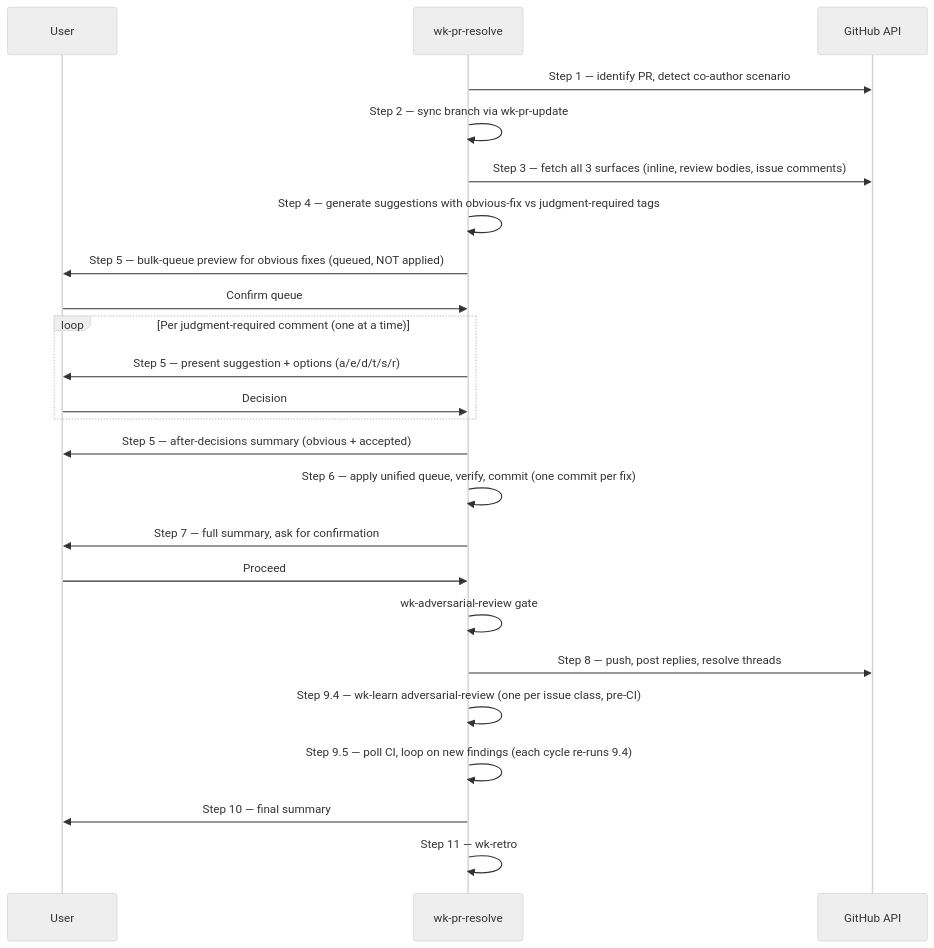
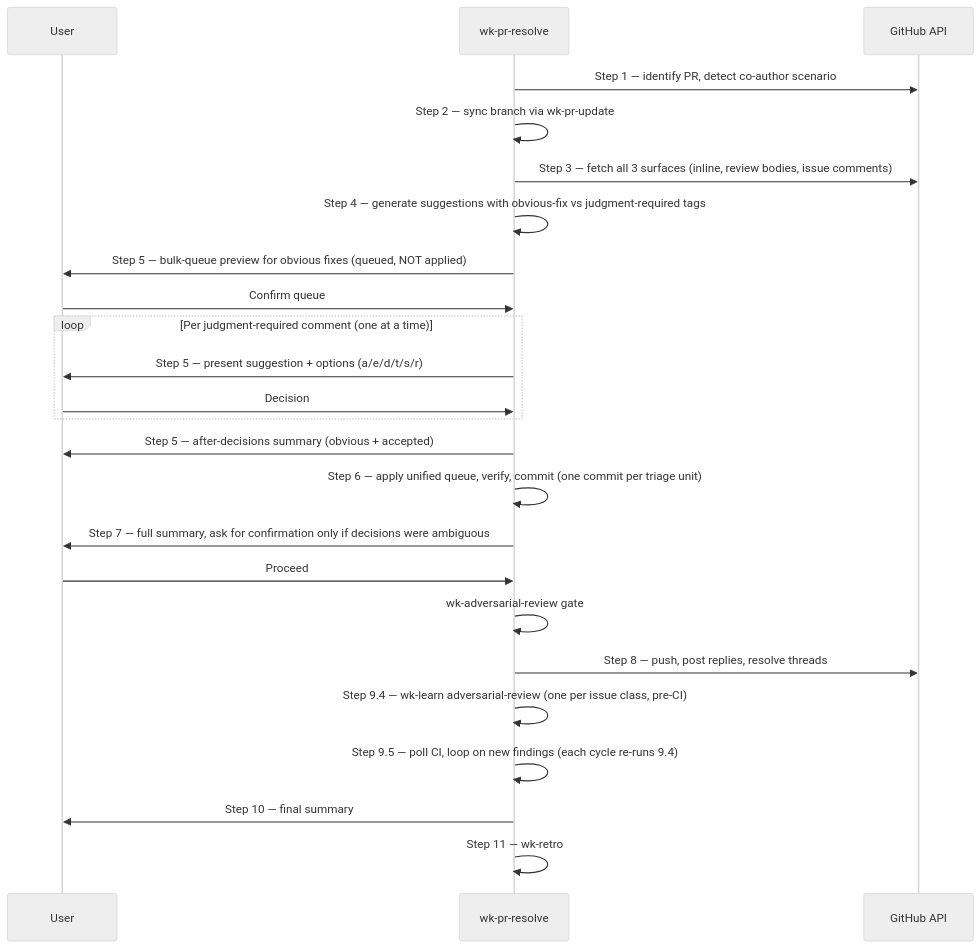
The diagram in skills/pr-resolve/README.md (whizzzkid/skills), drawn with Mermaid (neutral theme) before and after one commit. The commit also changed other lines of this file and 161 other files, not shown here.

````diff
--- a/skills/pr-resolve/README.md
+++ b/skills/pr-resolve/README.md
@@ -17,27 +18,27 @@
 ```mermaid
 sequenceDiagram
     participant U as User
     participant S as wk-pr-resolve
     participant GH as GitHub API
 
     S->>GH: Step 1 — identify PR, detect co-author scenario
     S->>S: Step 2 — sync branch via wk-pr-update
     S->>GH: Step 3 — fetch all 3 surfaces (inline, review bodies, issue comments)
     S->>S: Step 4 — generate suggestions with obvious-fix vs judgment-required tags
     S->>U: Step 5 — bulk-queue preview for obvious fixes (queued, NOT applied)
     U->>S: Confirm queue
     loop Per judgment-required comment (one at a time)
         S->>U: Step 5 — present suggestion + options (a/e/d/t/s/r)
         U->>S: Decision
     end
     S->>U: Step 5 — after-decisions summary (obvious + accepted)
-    S->>S: Step 6 — apply unified queue, verify, commit (one commit per fix)
-    S->>U: Step 7 — full summary, ask for confirmation
+    S->>S: Step 6 — apply unified queue, verify, commit (one commit per triage unit)
+    S->>U: Step 7 — full summary, ask for confirmation only if decisions were ambiguous
     U->>S: Proceed
     S->>S: wk-adversarial-review gate
     S->>GH: Step 8 — push, post replies, resolve threads
     S->>S: Step 9.4 — wk-learn adversarial-review (one per issue class, pre-CI)
     S->>S: Step 9.5 — poll CI, loop on new findings (each cycle re-runs 9.4)
     S->>U: Step 10 — final summary
     S->>S: Step 11 — wk-retro
 ```
````
